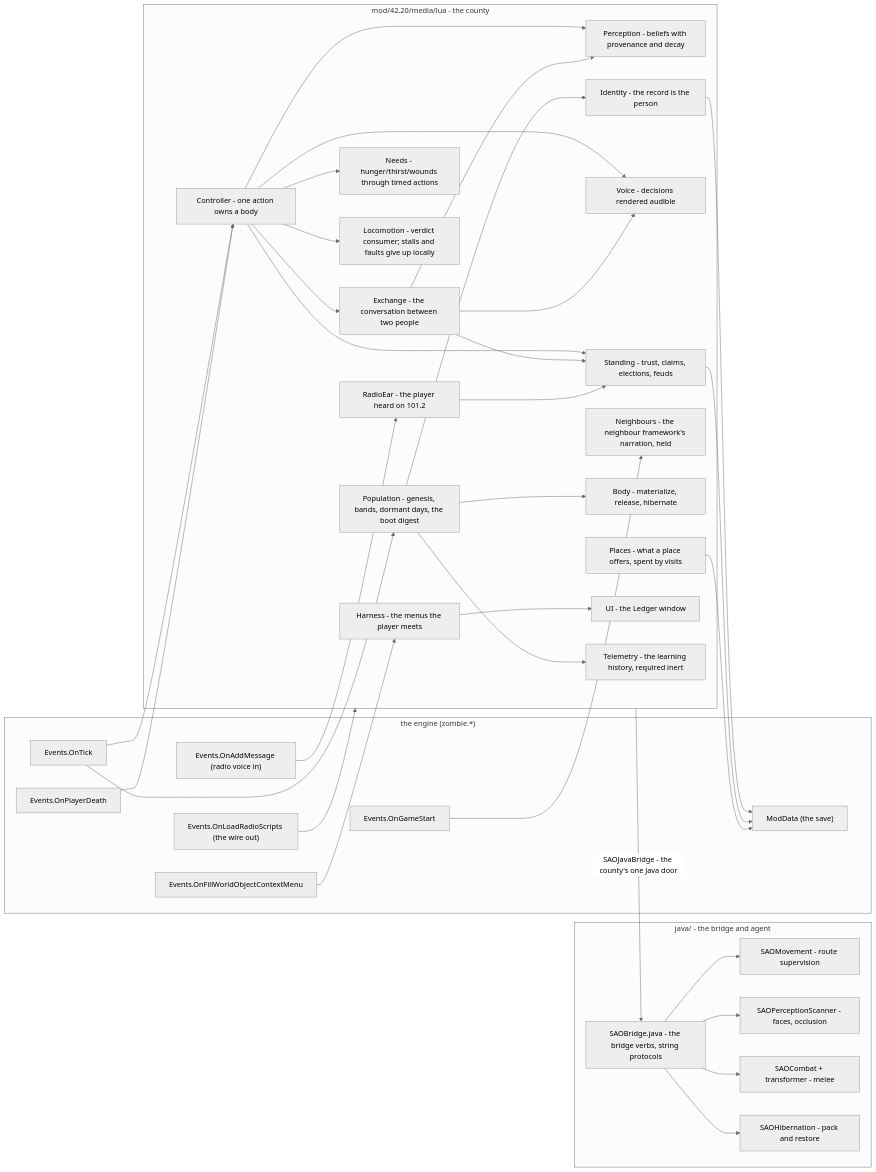
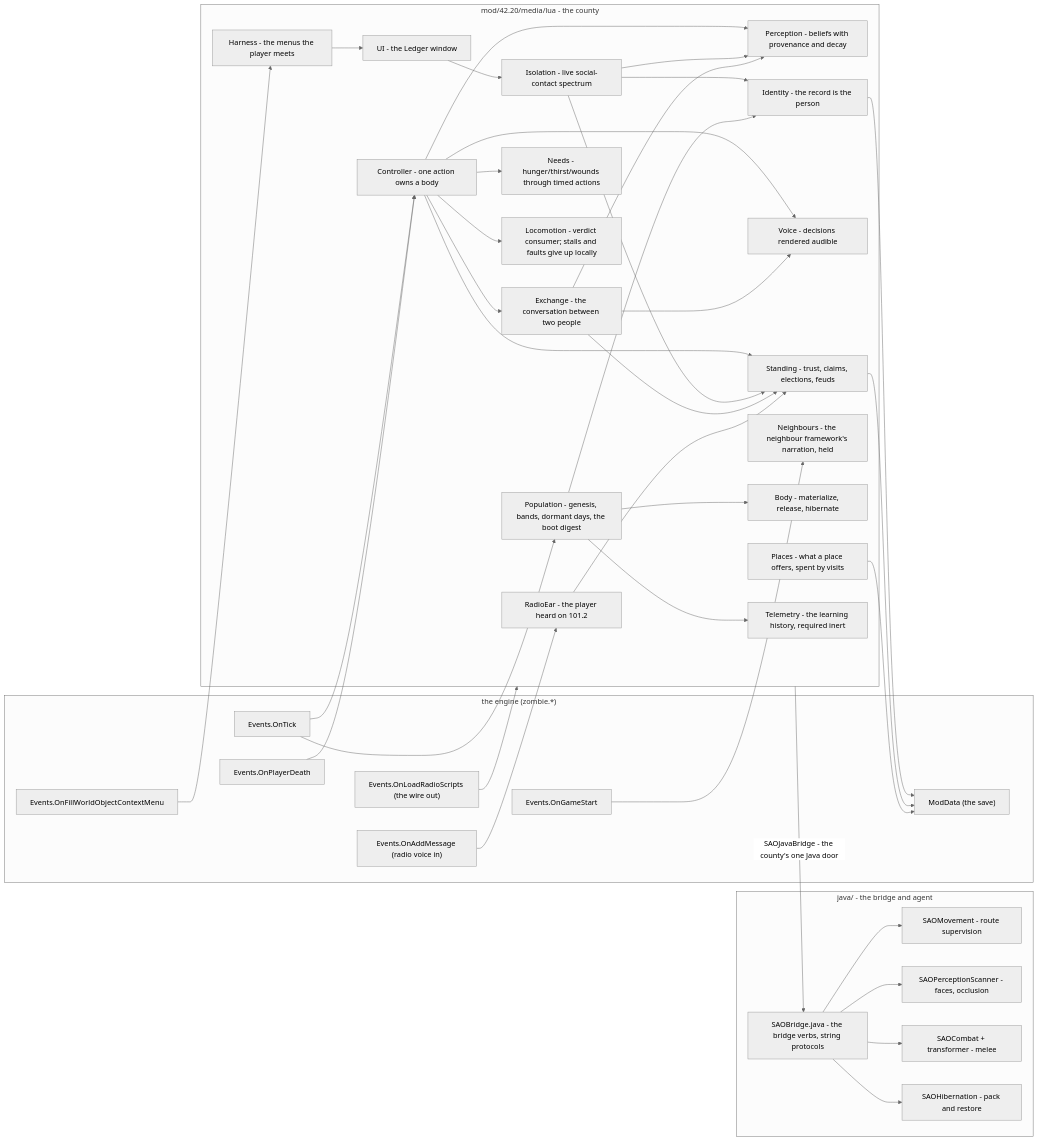
Before and after one commit to ellyj3rain/sao: the first of 3 diagrams in MAPS.md, drawn with Mermaid (neutral theme). The commit also changed other lines of this file and 34 other files, not shown here.

First line of the commit message:
[C94] Isolation becomes a live state

````diff
--- a/MAPS.md
+++ b/MAPS.md
@@ -18,52 +18,55 @@
 ```mermaid
 flowchart LR
     subgraph Engine["the engine (zombie.*)"]
         T["Events.OnTick"]:::e
         D["Events.OnPlayerDeath"]:::e
         M["Events.OnAddMessage (radio voice in)"]:::e
         R["Events.OnLoadRadioScripts (the wire out)"]:::e
         CTX["Events.OnFillWorldObjectContextMenu"]:::e
         GS["Events.OnGameStart"]:::e
         MD["ModData (the save)"]:::e
     end
     subgraph Java["java/ - the bridge and agent"]
         BR["SAOBridge.java - the bridge verbs, string protocols"]
         MV["SAOMovement - route supervision"]
         SC["SAOPerceptionScanner - faces, occlusion"]
         CP["SAOCombat + transformer - melee"]
         HB["SAOHibernation - pack and restore"]
     end
     subgraph Lua["mod/42.20/media/lua - the county"]
         POP["Population - genesis, bands, dormant days, the boot digest"]
         CTL["Controller - one action owns a body"]
         PER["Perception - beliefs with provenance and decay"]
+        ISO["Isolation - live social-contact spectrum"]
         STA["Standing - trust, claims, elections, feuds"]
         EXC["Exchange - the conversation between two people"]
         VOI["Voice - decisions rendered audible"]
         NDS["Needs - hunger/thirst/wounds through timed actions"]
         LOC["Locomotion - verdict consumer; stalls and faults give up locally"]
         PLA["Places - what a place offers, spent by visits"]
         NBR["Neighbours - the neighbour framework's narration, held"]
         BOD["Body - materialize, release, hibernate"]
         IDE["Identity - the record is the person"]
         UIX["UI - the Ledger window"]
         HAR["Harness - the menus the player meets"]
         RDE["RadioEar - the player heard on 101.2"]
         TEL["Telemetry - the learning history, required inert"]
     end
     Lua -- "SAOJavaBridge - the county's one Java door" --> BR
     BR --> MV & SC & CP & HB
     T --> POP
     T --> CTL
     D --> CTL
     CTL --> PER & STA & EXC & VOI & LOC & NDS
+    UIX --> ISO
+    ISO --> IDE & PER & STA
     POP --> IDE & BOD & TEL
     EXC --> PER & STA & VOI
     IDE --> MD
     STA --> MD
     PLA --> MD
     M --> RDE --> STA
     R --> Lua
     CTX --> HAR --> UIX
     GS --> NBR
 ```
````
